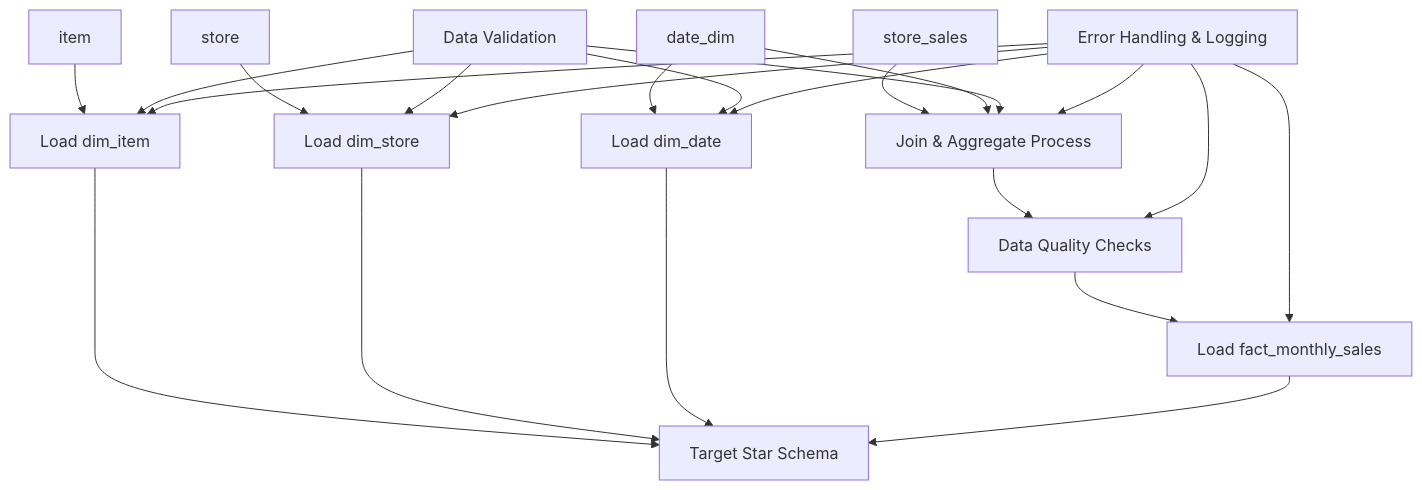
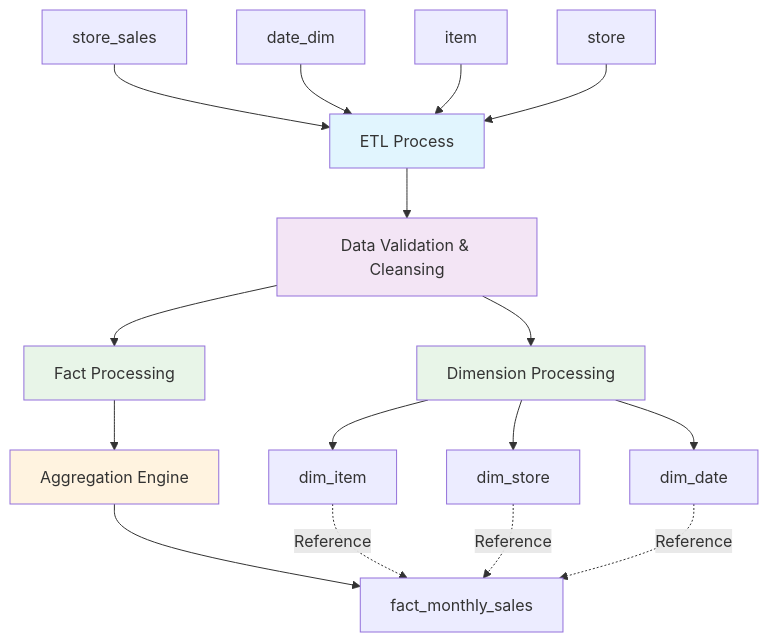
One commit to mrmaheshdattamishra-crypto/etl-scripts changed the second of 3 diagrams in agentic-code/monthly_sales_star_schema/README.md. Above: the diagram before and after it, drawn with Mermaid. The commit also changed other lines of this file, not shown here.

First line of the commit message:
Add ETL design document for monthly sales star schema

````diff
--- a/agentic-code/monthly_sales_star_schema/README.md
+++ b/agentic-code/monthly_sales_star_schema/README.md
@@ -127,27 +131,28 @@
 ```mermaid
 flowchart TD
-    A[store_sales] --> E[Join & Aggregate Process]
+    A[store_sales] --> E[ETL Process]
     B[date_dim] --> E
-    C[item] --> F[Load dim_item]
-    D[store] --> G[Load dim_store]
-    B --> H[Load dim_date]
+    C[item] --> E
+    D[store] --> E
     
-    E --> I[Data Quality Checks]
-    F --> J[Target Star Schema]
-    G --> J
-    H --> J
-    I --> K[Load fact_monthly_sales]
-    K --> J
+    E --> F[Data Validation & Cleansing]
+    F --> G[Dimension Processing]
+    F --> H[Fact Processing]
     
-    L[Data Validation] --> E
-    L --> F
-    L --> G
-    L --> H
+    G --> I[dim_item]
+    G --> J[dim_store]
+    G --> K[dim_date]
     
-    M[Error Handling & Logging] --> E
-    M --> F
-    M --> G
-    M --> H
-    M --> I
-    M --> K
+    H --> L[Aggregation Engine]
+    L --> M[fact_monthly_sales]
+    
+    I -.->|Reference| M
+    J -.->|Reference| M
+    K -.->|Reference| M
+    
+    style E fill:#e1f5fe
+    style F fill:#f3e5f5
+    style G fill:#e8f5e8
+    style H fill:#e8f5e8
+    style L fill:#fff3e0
 ```
````
